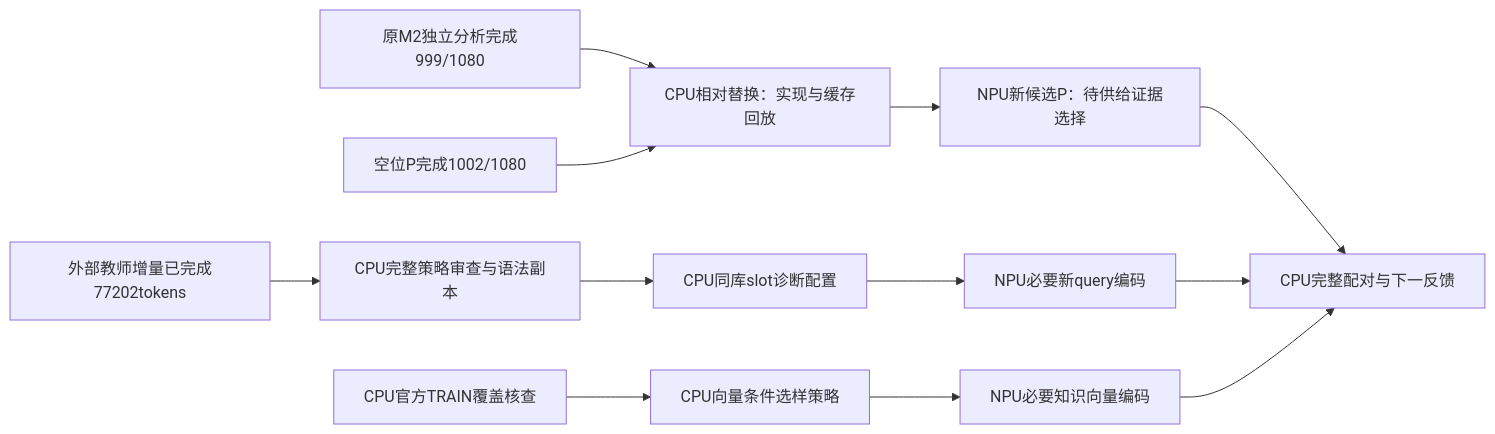
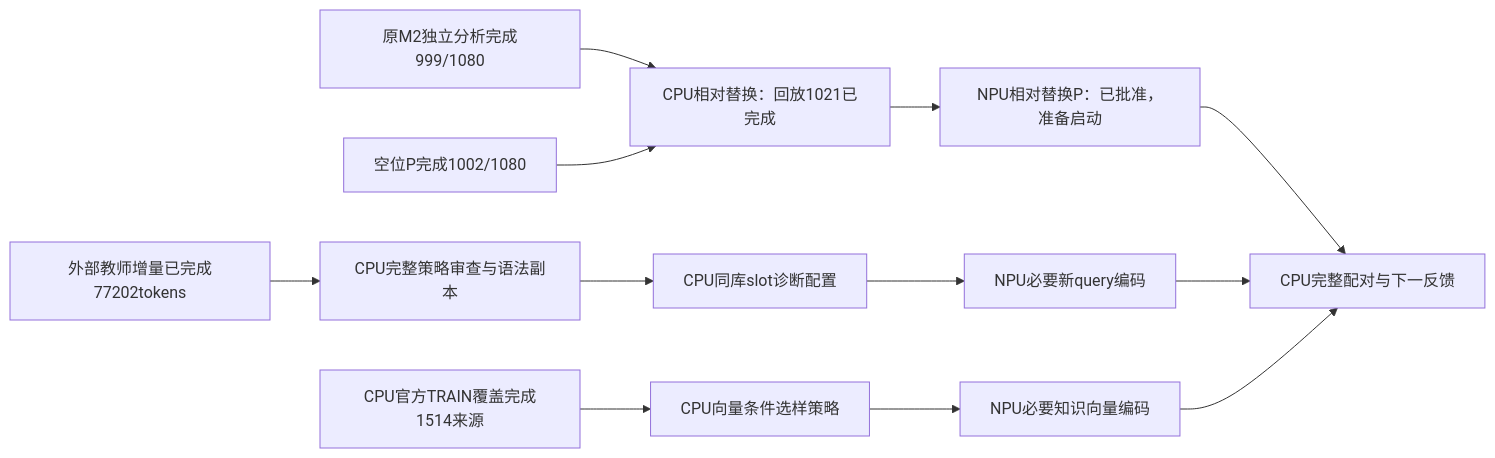
One commit to chaosxingxc-orion/omni changed the diagram in docs/decisions/TFRL-Execution-DAG.md. Above: the diagram before and after it, drawn with Mermaid. The commit also changed other lines of this file and 8 other files, not shown here.

````diff
--- a/docs/decisions/TFRL-Execution-DAG.md
+++ b/docs/decisions/TFRL-Execution-DAG.md
@@ -5,14 +5,14 @@
 ```mermaid
 flowchart LR
- A[原M2独立分析完成999/1080] --> R[CPU相对替换：实现与缓存回放]
+ A[原M2独立分析完成999/1080] --> R[CPU相对替换：回放1021已完成]
  V[空位P完成1002/1080] --> R
- R --> P[NPU新候选P：待供给证据选择]
+ R --> P[NPU相对替换P：已批准，准备启动]
  T[外部教师增量已完成77202tokens] --> S[CPU完整策略审查与语法副本]
  S --> C[CPU同库slot诊断配置]
  C --> E[NPU必要新query编码]
- O[CPU官方TRAIN覆盖核查] --> K[CPU向量条件选样策略]
+ O[CPU官方TRAIN覆盖完成1514来源] --> K[CPU向量条件选样策略]
  K --> B[NPU必要知识向量编码]
  P --> F[CPU完整配对与下一反馈]
  E --> F
  B --> F
 ```
````
